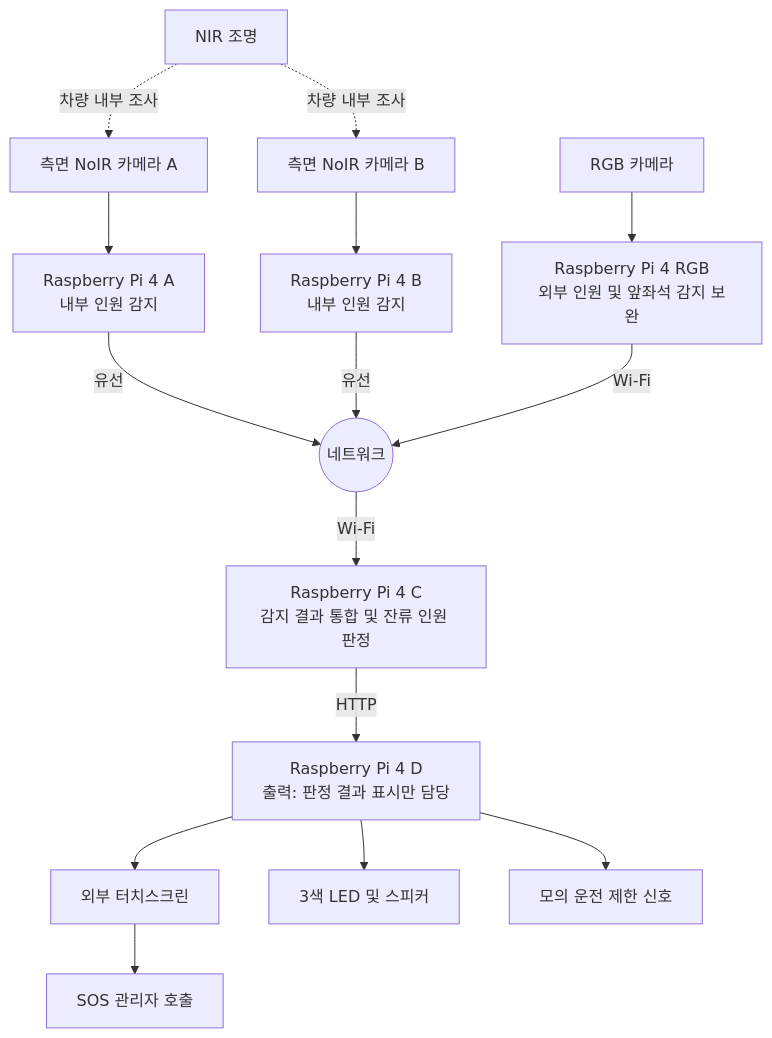
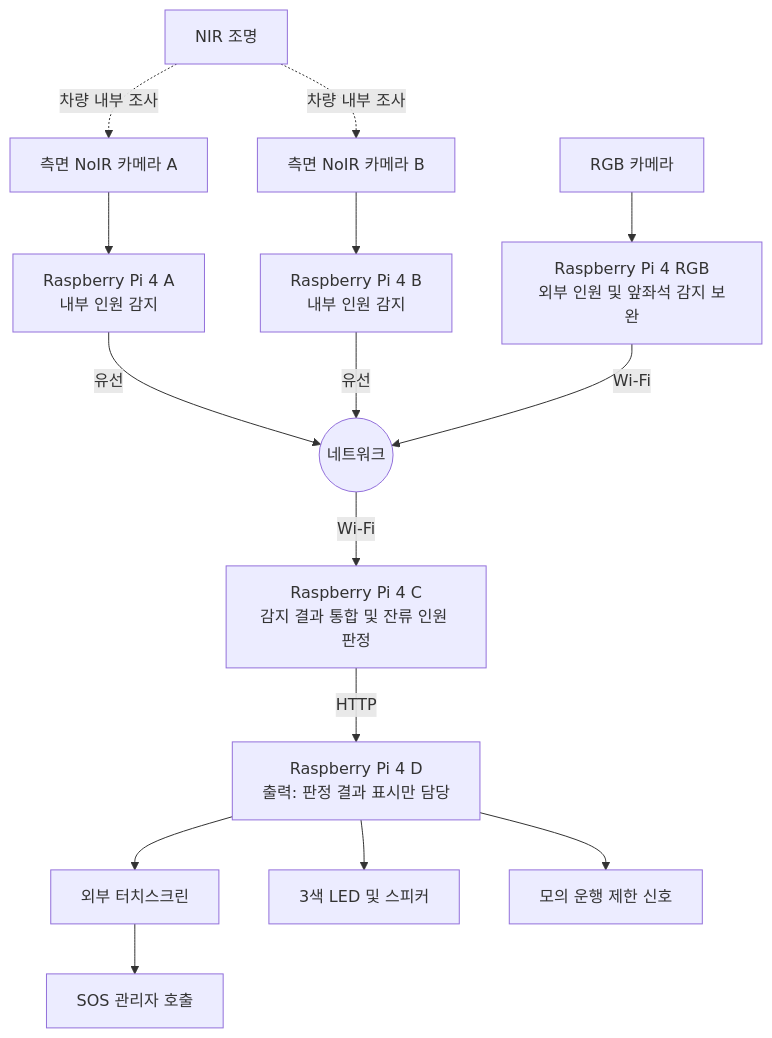
One commit to Hyundai-AI/parking-occupant-detection changed the diagram in README.md. Above: the diagram before and after it, drawn with Mermaid. The commit also changed other lines of this file and 32 other files, not shown here.

````diff
--- a/README.md
+++ b/README.md
@@ -40,17 +40,17 @@
 ```mermaid
 flowchart TD
     A[측면 NoIR 카메라 A] --> C[Raspberry Pi 4 A<br/>내부 인원 감지]
     B[측면 NoIR 카메라 B] --> D[Raspberry Pi 4 B<br/>내부 인원 감지]
     L[NIR 조명] -. 차량 내부 조사 .-> A
     L -. 차량 내부 조사 .-> B
     E[RGB 카메라] --> F[Raspberry Pi 4 RGB<br/>외부 인원 및 앞좌석 감지 보완]
     C -- 유선 --> N((네트워크))
     D -- 유선 --> N
     F -- Wi-Fi --> N
     N -- Wi-Fi --> G[Raspberry Pi 4 C<br/>감지 결과 통합 및 잔류 인원 판정]
     G -- HTTP --> O[Raspberry Pi 4 D<br/>출력: 판정 결과 표시만 담당]
     O --> H[외부 터치스크린]
     O --> I[3색 LED 및 스피커]
-    O --> J[모의 운전 제한 신호]
+    O --> J[모의 운행 제한 신호]
     H --> K[SOS 관리자 호출]
 ```
````
